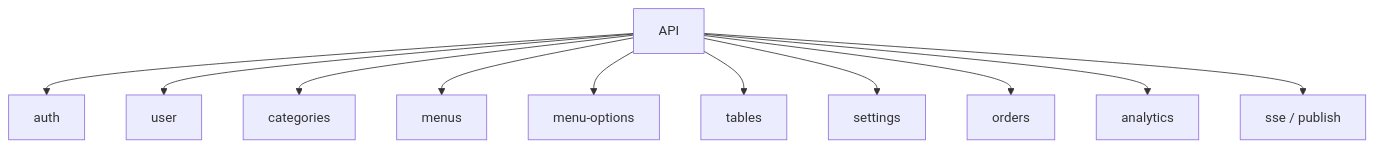
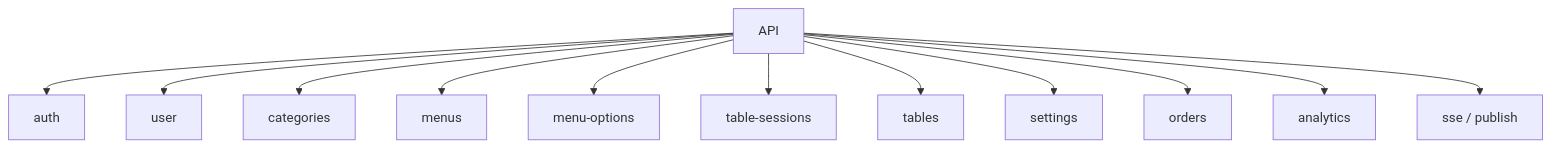
The eighth of 10 diagrams in docs/spec/reverse_engineered_system_spec.md (inoUwU/pinu), drawn with Mermaid before and after one commit. The commit also changed other lines of this file and 6 other files, not shown here.

````diff
--- a/docs/spec/reverse_engineered_system_spec.md
+++ b/docs/spec/reverse_engineered_system_spec.md
@@ -242,14 +267,15 @@
 ```mermaid
 flowchart TD
     API[API]
     API --> Auth[auth]
     API --> User[user]
     API --> Category[categories]
     API --> Menu[menus]
     API --> MenuOption[menu-options]
+    API --> TableSession[table-sessions]
     API --> Table[tables]
     API --> Settings[settings]
     API --> Order[orders]
     API --> Analytics[analytics]
     API --> SSE[sse / publish]
 ```
````
